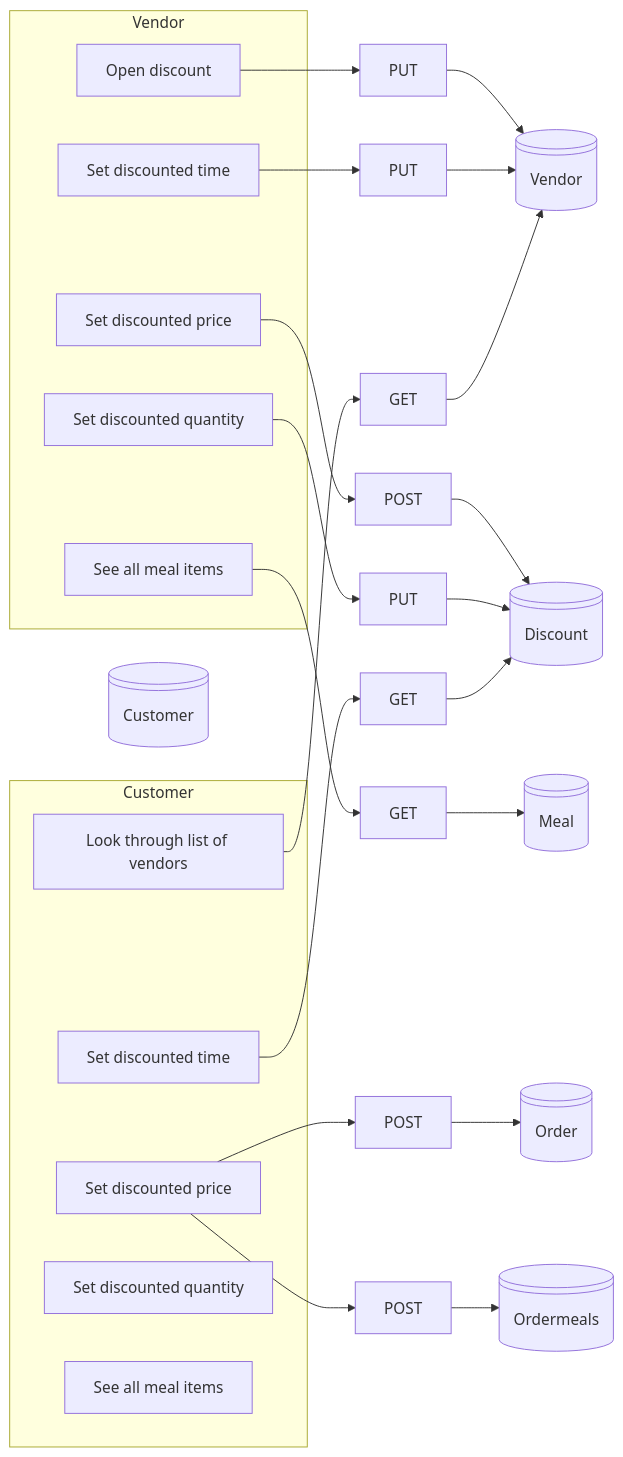
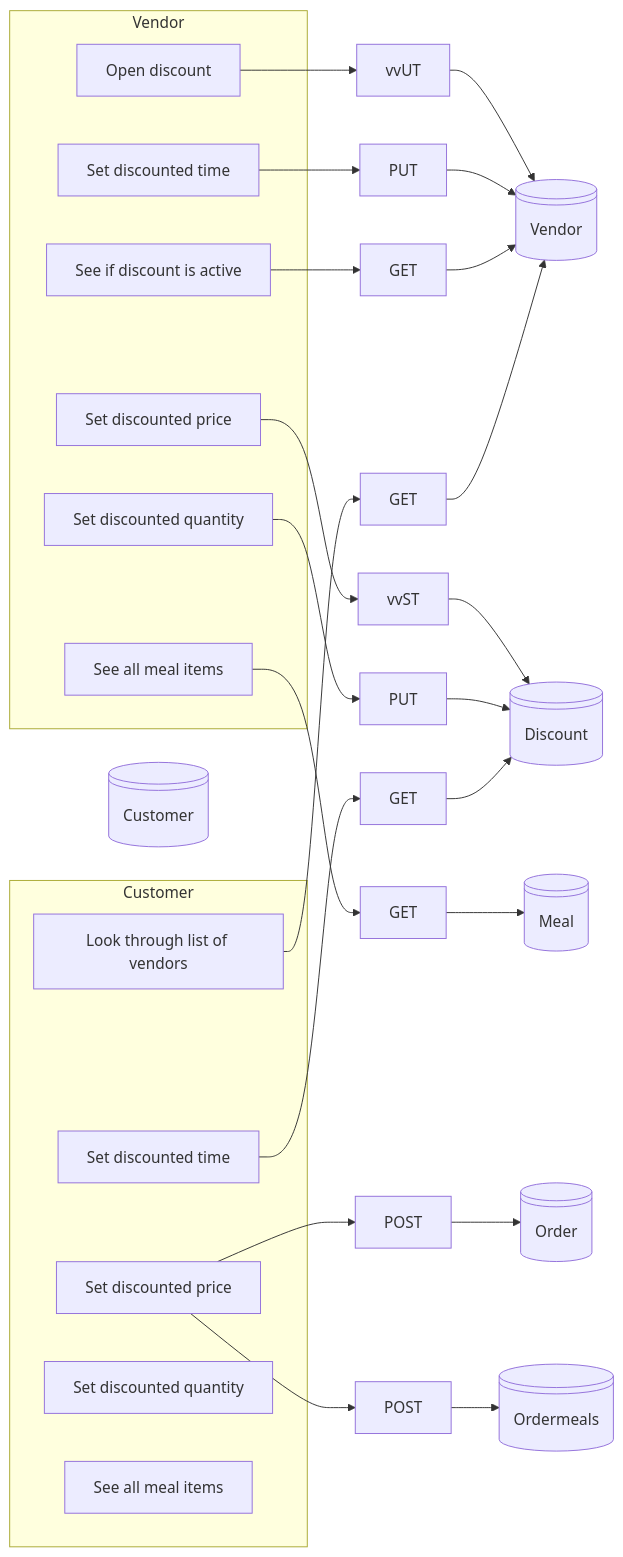
Before and after one commit to yichen0931/hacakthon: the diagram in flowchart.md, drawn with Mermaid. The commit also changed 3 other files, not shown here.

Commit message:
created models structs and edited flowchart

````diff
--- a/flowchart.md
+++ b/flowchart.md
@@ -2,46 +2,48 @@
 ``` mermaid
 flowchart LR
 
 subgraph v0["Vendor"]
     v1["Open discount"]
     v2["Set discounted time"]
     v3["Set discounted price"]
     v4["Set discounted quantity"]
     v5["See all meal items"]
+    v6["See if discount is active"]
 end
 
 subgraph c0["Customer"]
 	c1["Look through list of vendors"]
     c2["Set discounted time"]
     c3["Set discounted price"]
 	c4["Set discounted quantity"]
 	c5["See all meal items"]
 end
 
     customer["Customer"]
     order["Order"]
 	vendor["Vendor"]
 	meal["Meal"]
 	discount["Discount"]
     ordermeals["Ordermeals"]
     
 	customer@{ shape: disk}
     order@{ shape: disk}
     vendor@{ shape: disk}
 	meal@{shape: disk}
 	discount@{shape: disk}
     ordermeals@{ shape: disk}
 
 
-v1 --> p1["PUT"] --> vendor
-v2 --> p2["PUT"] --> vendor
-v3 --> p3["POST"] --> discount
-v4 --> p4["PUT"] --> discount
-v5 --> p5["GET"] --> meal
+v1 --> vv1["vvUT"] --> vendor
+v2 --> vv2["PUT"] --> vendor
+v3 --> vv3[" vvST"] --> discount
+v4 --> vv4["PUT"] --> discount
+v5 --> vv5["GET"] --> meal
+v6 --> vv6["GET"] --> vendor
 
-c1 --> p6["GET"] --> vendor
-c2 --> p7["GET"] --> discount
-c3 --> p8["POST"] --> order
-c3 --> p9["POST"] --> ordermeals
+c1 --> cc1["GET"] --> vendor
+c2 --> cc2["GET"] --> discount
+c3 --> cc3["POST"] --> order
+c3 --> cc4["POST"] --> ordermeals
 
 ```
````
